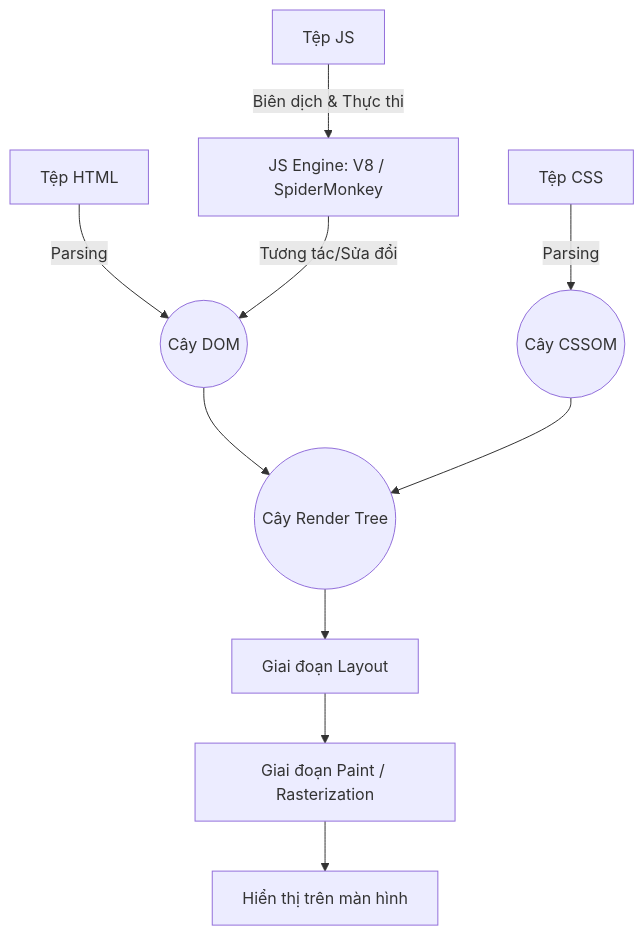
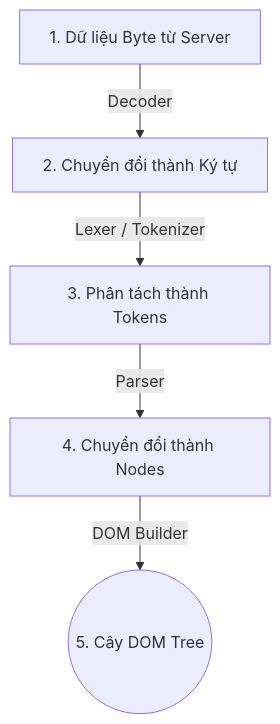
One commit to NghiaDPTWork/cs-fundamentals changed the first of 3 diagrams in structure/js-react-next.md. Above: the diagram before and after it, drawn with Mermaid. The commit also changed other lines of this file, not shown here.

Commit message:
docs: explain why browsers only run HTML/CSS/JS, why HTML is required, and browser rendering lifecycle

````diff
--- a/structure/js-react-next.md
+++ b/structure/js-react-next.md
@@ -21,13 +53,7 @@
 ```mermaid
 graph TD
-    HTML[Tệp HTML] -->|Parsing| DOM((Cây DOM))
-    CSS[Tệp CSS] -->|Parsing| CSSOM((Cây CSSOM))
-    DOM --> RenderTree((Cây Render Tree))
-    CSSOM --> RenderTree
-    RenderTree --> Layout[Giai đoạn Layout]
-    Layout --> Paint[Giai đoạn Paint / Rasterization]
-    Paint --> Display[Hiển thị trên màn hình]
-    
-    JS[Tệp JS] -->|Biên dịch & Thực thi| JSEngine[JS Engine: V8 / SpiderMonkey]
-    JSEngine -->|Tương tác/Sửa đổi| DOM
+    Bytes[1. Dữ liệu Byte từ Server] -->|Decoder| Characters[2. Chuyển đổi thành Ký tự]
+    Characters -->|Lexer / Tokenizer| Tokens[3. Phân tách thành Tokens]
+    Tokens -->|Parser| Nodes[4. Chuyển đổi thành Nodes]
+    Nodes -->|DOM Builder| DOM((5. Cây DOM Tree))
 ```
````
